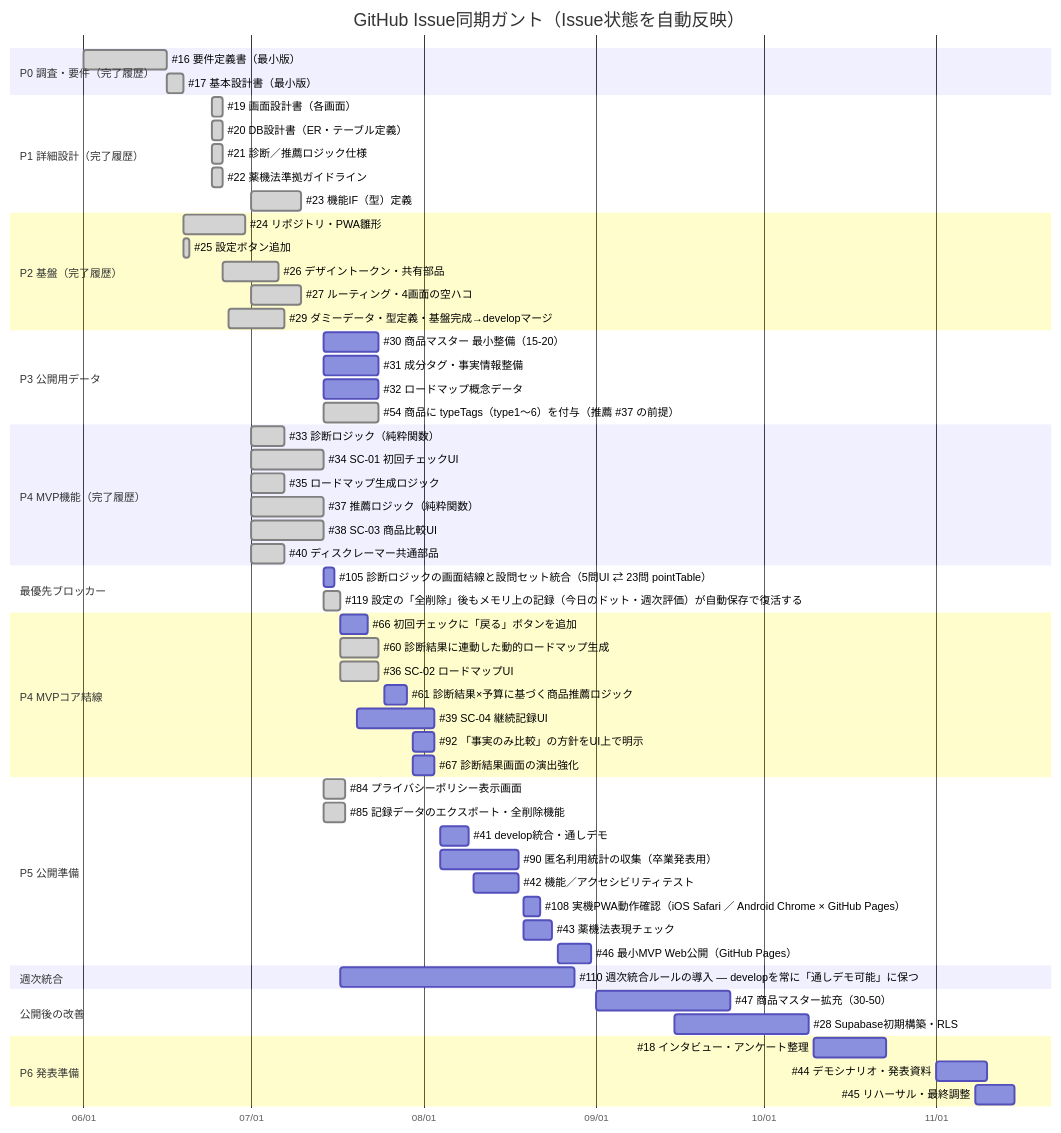
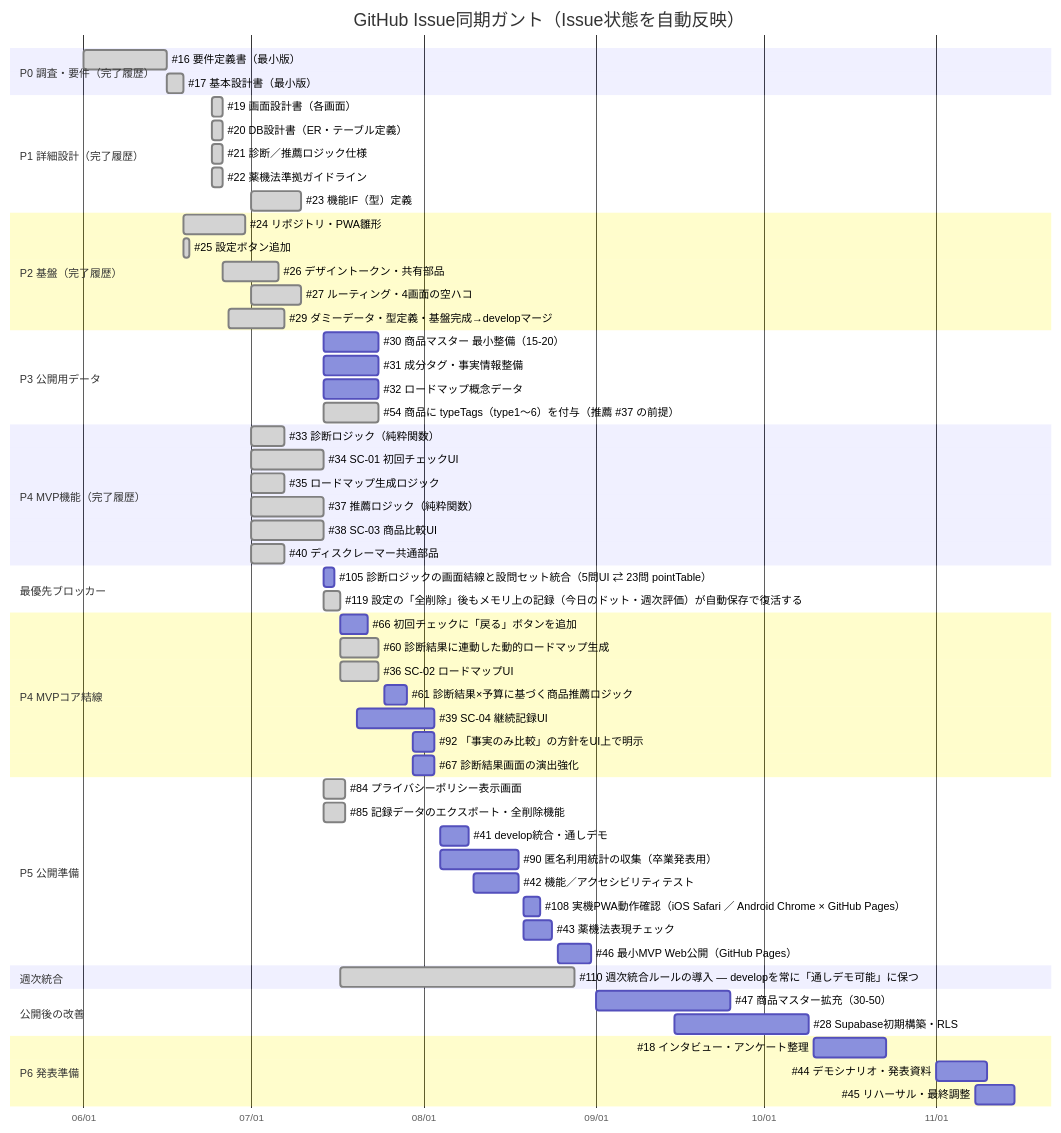
Before and after one commit to itiwoja/tazimagumi_dev_team: the first of 2 diagrams in docs/schedule/ガントチャート_v2.2.md, drawn with Mermaid. The commit also changed other lines of this file, not shown here.

Commit message:
docs: GitHub Issue進捗をガントへ同期 (#162)

````diff
--- a/docs/schedule/ガントチャート_v2.2.md
+++ b/docs/schedule/ガントチャート_v2.2.md
@@ -67,62 +67,62 @@
 ```mermaid
 gantt
     title GitHub Issue同期ガント（Issue状態を自動反映）
     dateFormat  YYYY-MM-DD
     axisFormat  %m/%d
     section P0 調査・要件（完了履歴）
     #16 要件定義書（最小版） :done, p0a, 2026-06-01, 2026-06-16
     #17 基本設計書（最小版） :done, p0c, 2026-06-16, 2026-06-19
     section P1 詳細設計（完了履歴）
     #19 画面設計書（各画面） :done, p1b, 2026-06-24, 2026-06-26
     #20 DB設計書（ER・テーブル定義） :done, p1c, 2026-06-24, 2026-06-26
     #21 診断／推薦ロジック仕様 :done, p1d, 2026-06-24, 2026-06-26
     #22 薬機法準拠ガイドライン :done, p1f, 2026-06-24, 2026-06-26
     #23 機能IF（型）定義 :done, p1g, 2026-07-01, 2026-07-10
     section P2 基盤（完了履歴）
     #24 リポジトリ・PWA雛形 :done, p2a, 2026-06-19, 2026-06-30
     #25 設定ボタン追加 :done, p2s, 2026-06-19, 2026-06-20
     #26 デザイントークン・共有部品 :done, p2c, 2026-06-26, 2026-07-06
     #27 ルーティング・4画面の空ハコ :done, p2d, 2026-07-01, 2026-07-10
     #29 ダミーデータ・型定義・基盤完成→developマージ :done, p2e, 2026-06-27, 2026-07-07
     section P3 公開用データ
     #30 商品マスター 最小整備（15-20） :p3a, 2026-07-14, 2026-07-24
     #31 成分タグ・事実情報整備 :p3b, 2026-07-14, 2026-07-24
     #32 ロードマップ概念データ :p3c, 2026-07-14, 2026-07-24
     #54 商品に typeTags（type1〜6）を付与（推薦 #37 の前提） :done, i54, 2026-07-14, 2026-07-24
     section P4 MVP機能（完了履歴）
     #33 診断ロジック（純粋関数） :done, p4b, 2026-07-01, 2026-07-07
     #34 SC-01 初回チェックUI :done, p4a, 2026-07-01, 2026-07-14
     #35 ロードマップ生成ロジック :done, p4g, 2026-07-01, 2026-07-07
     #37 推薦ロジック（純粋関数） :done, p4h, 2026-07-01, 2026-07-14
     #38 SC-03 商品比較UI :done, p4d, 2026-07-01, 2026-07-14
     #40 ディスクレーマー共通部品 :done, p4f, 2026-07-01, 2026-07-07
     section 最優先ブロッカー
     #105 診断ロジックの画面結線と設問セット統合（5問UI ⇄ 23問 pointTable） :i105, 2026-07-14, 2026-07-16
     #119 設定の「全削除」後もメモリ上の記録（今日のドット・週次評価）が自動保存で復活する :done, i119, 2026-07-14, 2026-07-17
     section P4 MVPコア結線
     #66 初回チェックに「戻る」ボタンを追加 :i66, 2026-07-17, 2026-07-22
     #60 診断結果に連動した動的ロードマップ生成 :done, i60, 2026-07-17, 2026-07-24
     #36 SC-02 ロードマップUI :done, p4c, 2026-07-17, 2026-07-24
     #61 診断結果×予算に基づく商品推薦ロジック :i61, 2026-07-25, 2026-07-29
     #39 SC-04 継続記録UI :p4e, 2026-07-20, 2026-08-03
     #92 「事実のみ比較」の方針をUI上で明示 :i92, 2026-07-30, 2026-08-03
     #67 診断結果画面の演出強化 :i67, 2026-07-30, 2026-08-03
     section P5 公開準備
     #84 プライバシーポリシー表示画面 :done, i84, 2026-07-14, 2026-07-18
     #85 記録データのエクスポート・全削除機能 :done, i85, 2026-07-14, 2026-07-18
     #41 develop統合・通しデモ :p5a, 2026-08-04, 2026-08-09
     #90 匿名利用統計の収集（卒業発表用） :i90, 2026-08-04, 2026-08-18
     #42 機能／アクセシビリティテスト :p5b, 2026-08-10, 2026-08-18
     #108 実機PWA動作確認（iOS Safari ／ Android Chrome × GitHub Pages） :i108, 2026-08-19, 2026-08-22
     #43 薬機法表現チェック :p5c, 2026-08-19, 2026-08-24
     #46 最小MVP Web公開（GitHub Pages） :p5d, 2026-08-25, 2026-08-31
     section 週次統合
-    #110 週次統合ルールの導入 — developを常に「通しデモ可能」に保つ :i110, 2026-07-17, 2026-08-28
+    #110 週次統合ルールの導入 — developを常に「通しデモ可能」に保つ :done, i110, 2026-07-17, 2026-08-28
     section 公開後の改善
     #47 商品マスター拡充（30-50） :p3d, 2026-09-01, 2026-09-25
     #28 Supabase初期構築・RLS :p2b, 2026-09-15, 2026-10-09
     section P6 発表準備
     #18 インタビュー・アンケート整理 :p0b, 2026-10-10, 2026-10-23
     #44 デモシナリオ・発表資料 :p6a, 2026-11-01, 2026-11-10
     #45 リハーサル・最終調整 :p6b, 2026-11-08, 2026-11-15
 ```
````
